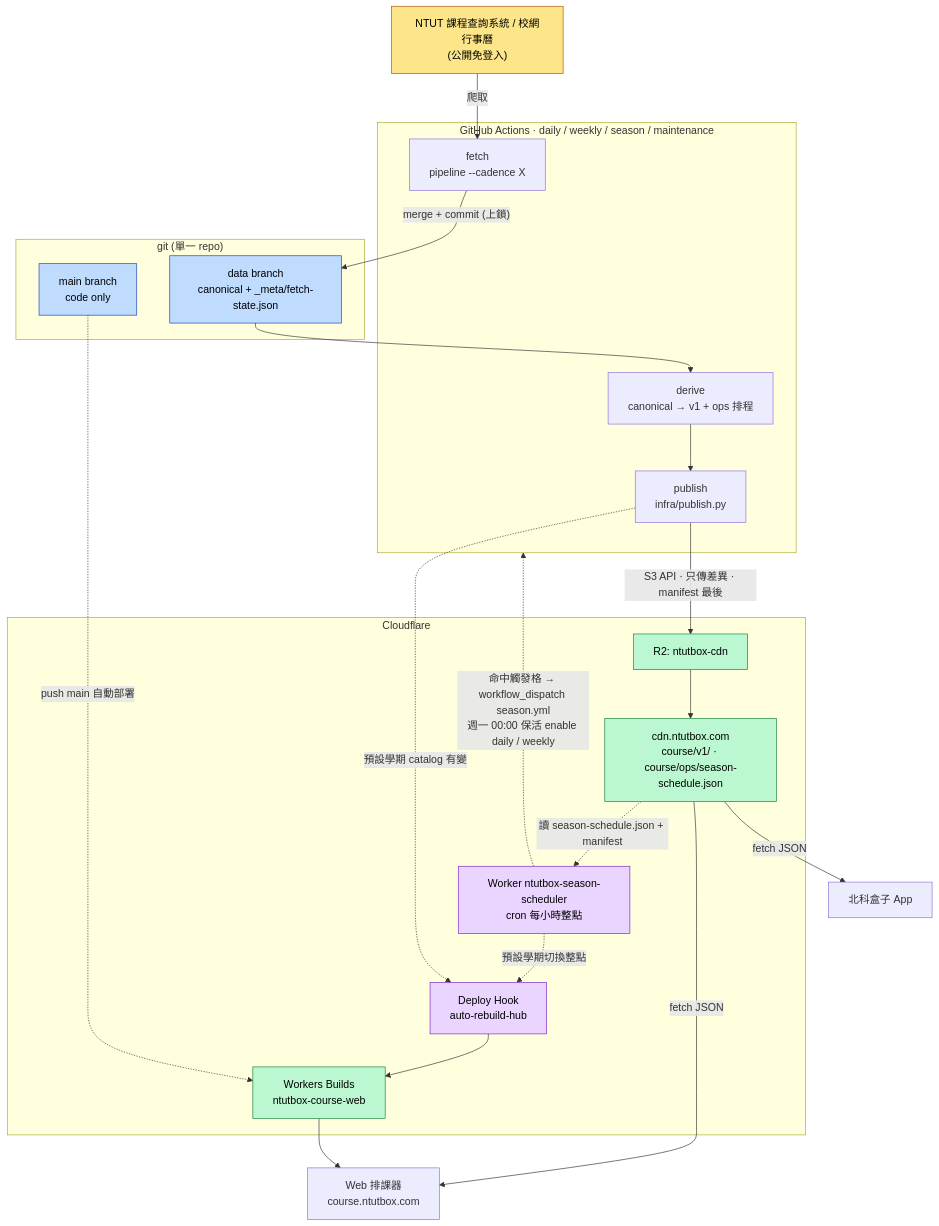
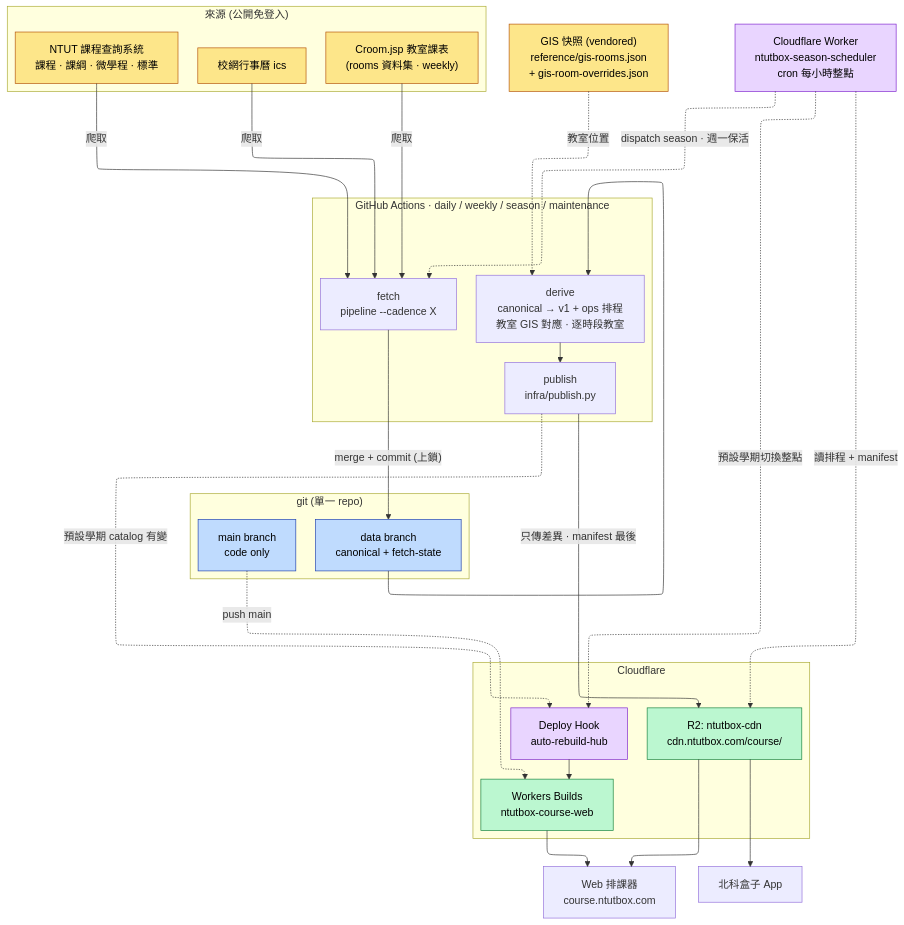
One commit to poterpan/ntutbox-course changed the diagram in docs/diagrams/01-architecture.mmd. Above: the diagram before and after it, drawn with Mermaid. The commit also changed 26 other files, not shown here.

First line of the commit message:
docs: 架構圖補上 rooms／逐時段教室，並修正圖在 GitHub 上的顯示大小 (#122)

```diff
--- a/docs/diagrams/01-architecture.mmd
+++ b/docs/diagrams/01-architecture.mmd
@@ -1,50 +1,62 @@
+---
+config:
+  layout: elk
+  flowchart:
+    useMaxWidth: false
+---
 flowchart TB
-    ntut["NTUT 課程查詢系統 / 校網行事曆<br/>(公開免登入)"]
+    subgraph SRC["來源 (公開免登入)"]
+        ntut["NTUT 課程查詢系統<br/>課程 · 課綱 · 微學程 · 標準"]
+        croom["Croom.jsp 教室課表<br/>(rooms 資料集 · weekly)"]
+        ics["校網行事曆 ics"]
+    end
+    gis["GIS 快照 (vendored)<br/>reference/gis-rooms.json<br/>+ gis-room-overrides.json"]
+    sched["Cloudflare Worker<br/>ntutbox-season-scheduler<br/>cron 每小時整點"]
 
     subgraph GHA["GitHub Actions · daily / weekly / season / maintenance"]
         fetch["fetch<br/>pipeline --cadence X"]
-        derive["derive<br/>canonical → v1 + ops 排程"]
+        derive["derive<br/>canonical → v1 + ops 排程<br/>教室 GIS 對應 · 逐時段教室"]
         publish["publish<br/>infra/publish.py"]
     end
 
     subgraph GIT["git (單一 repo)"]
+        data["data branch<br/>canonical + fetch-state"]
         main["main branch<br/>code only"]
-        data["data branch<br/>canonical + _meta/fetch-state.json"]
     end
 
     subgraph CF["Cloudflare"]
-        r2["R2: ntutbox-cdn"]
-        cdn["cdn.ntutbox.com<br/>course/v1/ · course/ops/season-schedule.json"]
-        sched["Worker ntutbox-season-scheduler<br/>cron 每小時整點"]
+        r2["R2: ntutbox-cdn<br/>cdn.ntutbox.com/course/"]
         hook["Deploy Hook<br/>auto-rebuild-hub"]
         build["Workers Builds<br/>ntutbox-course-web"]
     end
 
     web["Web 排課器<br/>course.ntutbox.com"]
     ios["北科盒子 App"]
 
     ntut -->|爬取| fetch
+    croom -->|爬取| fetch
+    ics -->|爬取| fetch
     fetch -->|"merge + commit (上鎖)"| data
     data --> derive
+    gis -.->|教室位置| derive
     derive --> publish
-    publish -->|"S3 API · 只傳差異 · manifest 最後"| r2
-    r2 --> cdn
-    cdn -->|fetch JSON| web
-    cdn -->|fetch JSON| ios
+    publish -->|"只傳差異 · manifest 最後"| r2
+    r2 --> web
+    r2 --> ios
 
-    cdn -.->|"讀 season-schedule.json + manifest"| sched
-    sched -.->|"命中觸發格 → workflow_dispatch season.yml<br/>週一 00:00 保活 enable daily / weekly"| GHA
-    sched -.->|"預設學期切換整點"| hook
-    publish -.->|"預設學期 catalog 有變"| hook
+    sched -.->|"dispatch season · 週一保活"| fetch
+    sched -.->|讀排程 + manifest| r2
+    sched -.->|預設學期切換整點| hook
+    publish -.->|預設學期 catalog 有變| hook
     hook --> build
-    main -.->|push main 自動部署| build
+    main -.->|push main| build
     build --> web
 
     classDef src fill:#fde68a,stroke:#b45309,color:#000
     classDef store fill:#bfdbfe,stroke:#1e40af,color:#000
     classDef out fill:#bbf7d0,stroke:#15803d,color:#000
     classDef trig fill:#e9d5ff,stroke:#7e22ce,color:#000
-    class ntut src
+    class ntut,croom,ics,gis src
     class main,data store
-    class r2,cdn,build out
+    class r2,build out
     class sched,hook trig
```
